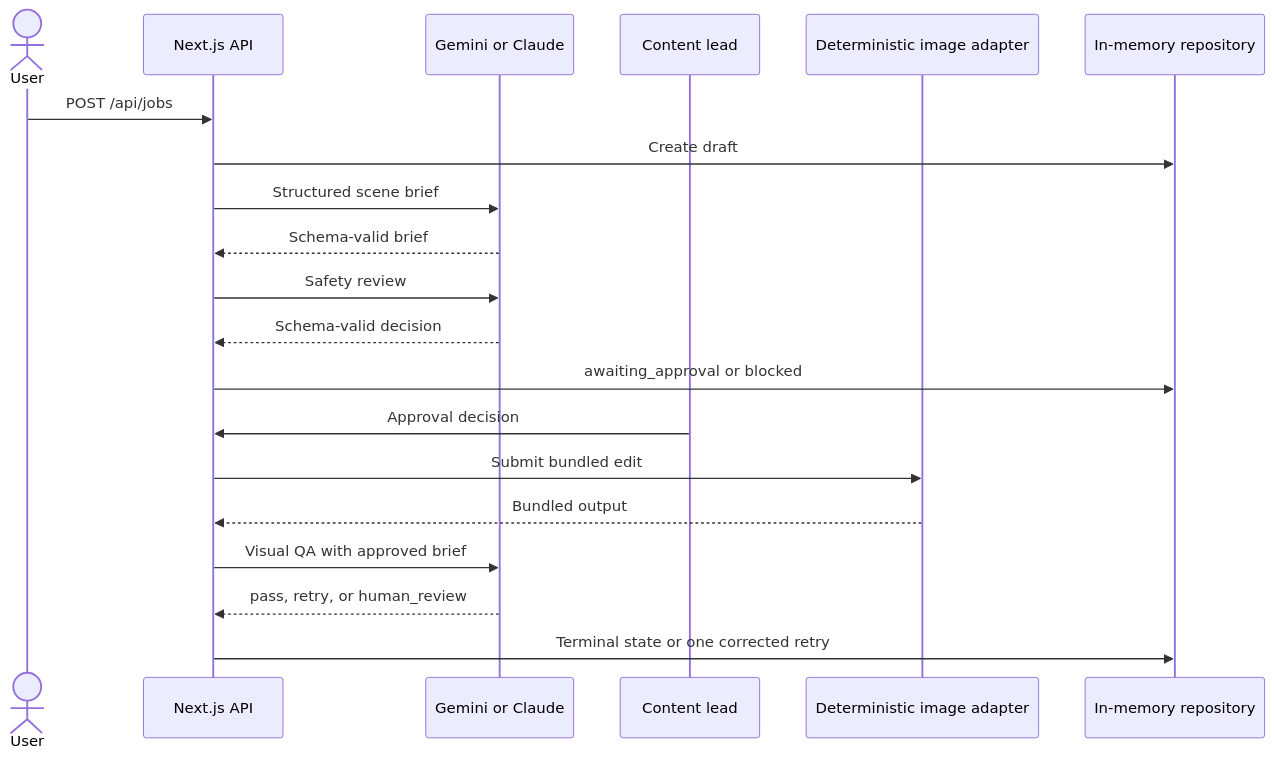
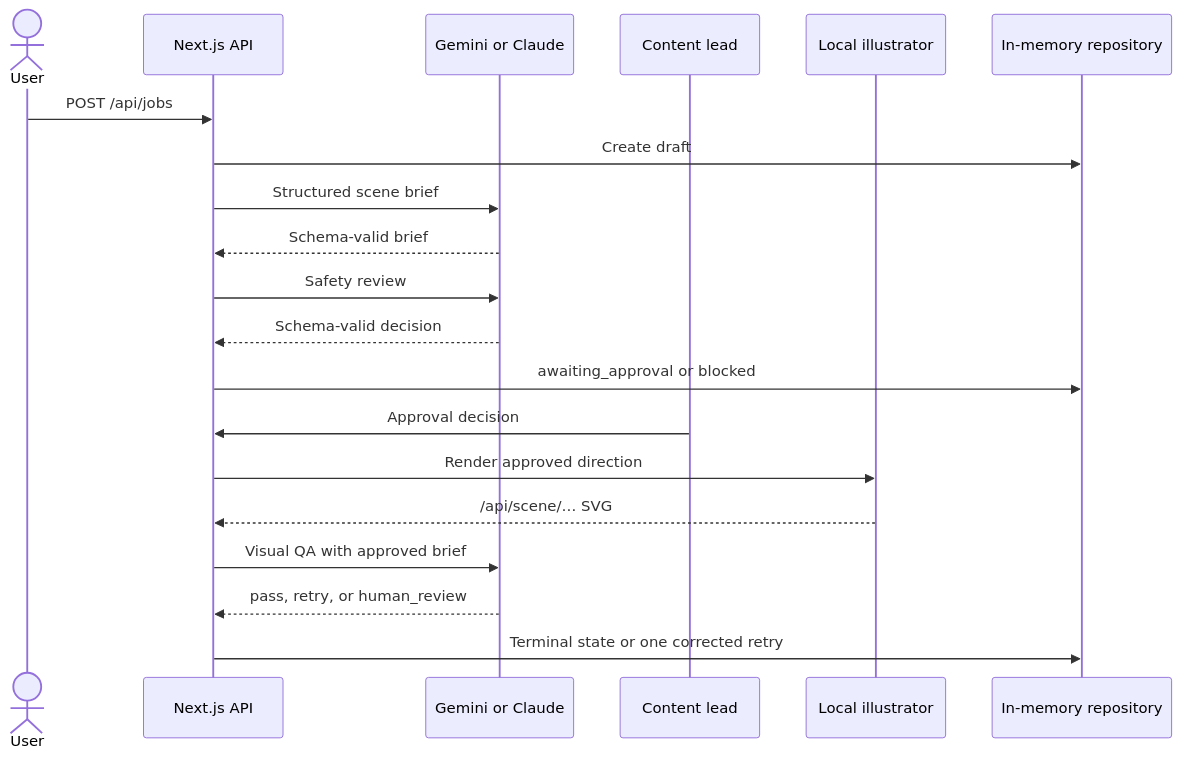
The first of 2 diagrams in docs/ARCHITECTURE.md (karuqii9704/carecanvas), drawn with Mermaid before and after one commit. The commit also changed other lines of this file and 22 other files, not shown here.

````diff
--- a/docs/ARCHITECTURE.md
+++ b/docs/ARCHITECTURE.md
@@ -21,23 +21,23 @@
 ```mermaid
 sequenceDiagram
     actor User
     participant API as Next.js API
     participant Agent as Gemini or Claude
     participant Human as Content lead
-    participant Image as Deterministic image adapter
+    participant Image as Local illustrator
     participant Memory as In-memory repository
 
     User->>API: POST /api/jobs
     API->>Memory: Create draft
     API->>Agent: Structured scene brief
     Agent-->>API: Schema-valid brief
     API->>Agent: Safety review
     Agent-->>API: Schema-valid decision
     API->>Memory: awaiting_approval or blocked
     Human->>API: Approval decision
-    API->>Image: Submit bundled edit
-    Image-->>API: Bundled output
+    API->>Image: Render approved direction
+    Image-->>API: /api/scene/… SVG
     API->>Agent: Visual QA with approved brief
     Agent-->>API: pass, retry, or human_review
     API->>Memory: Terminal state or one corrected retry
 ```
````
